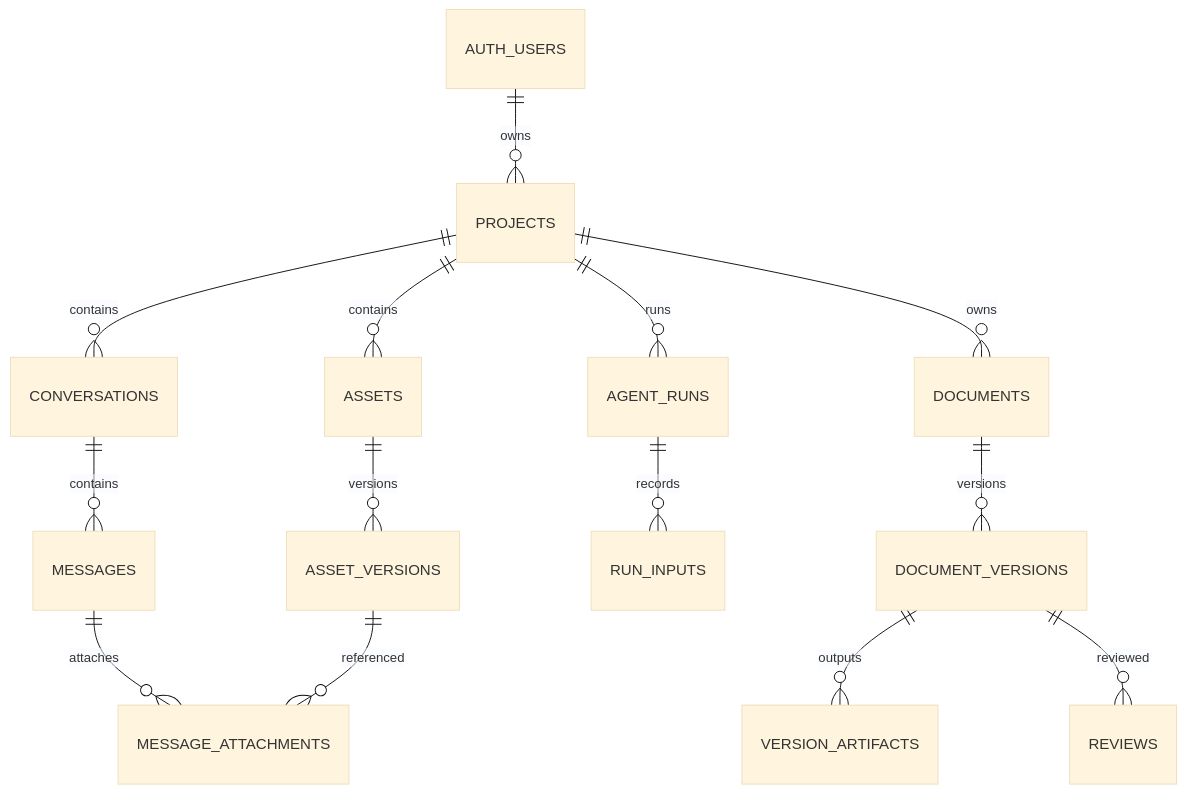
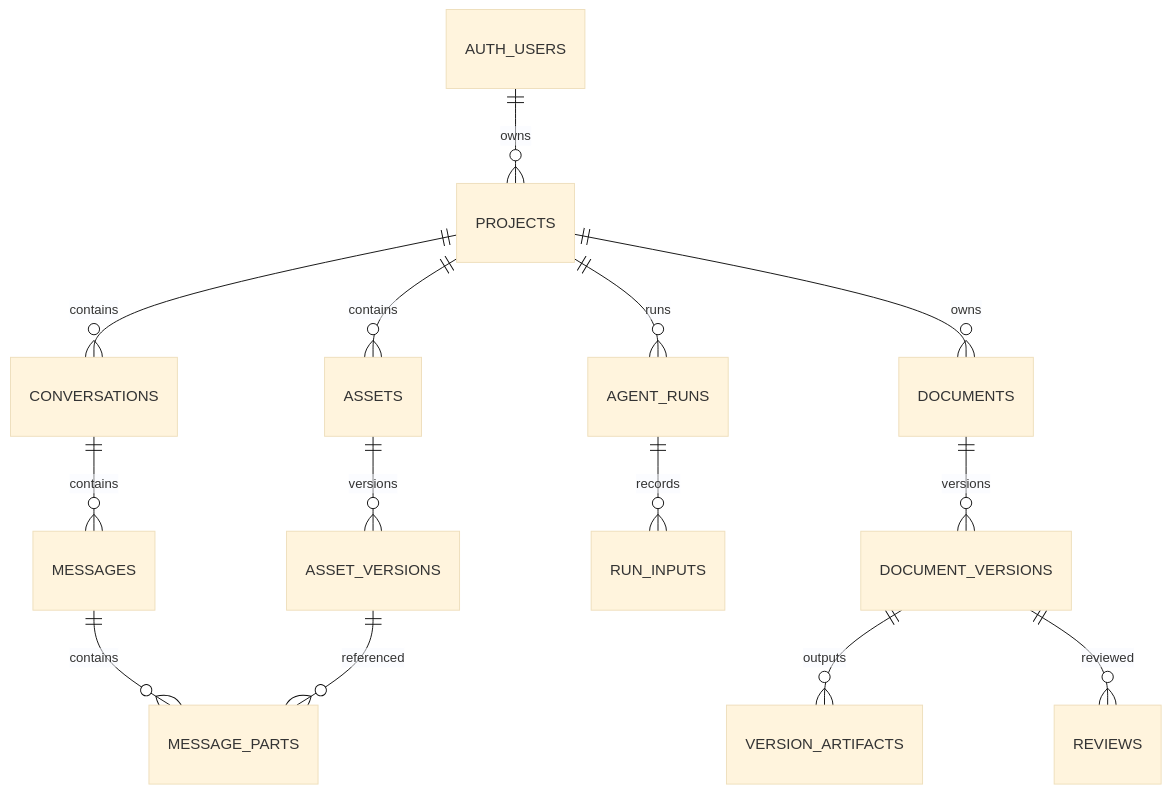
Before and after one commit to clickaround/portfolio-agent: the diagram in project/architecture/database/README.md, drawn with Mermaid (base theme). The commit also changed other lines of this file and 2 other files, not shown here.

````diff
--- a/project/architecture/database/README.md
+++ b/project/architecture/database/README.md
@@ -13,16 +15,16 @@
 ```mermaid
 erDiagram
   AUTH_USERS ||--o{ PROJECTS : owns
   PROJECTS ||--o{ CONVERSATIONS : contains
   CONVERSATIONS ||--o{ MESSAGES : contains
   PROJECTS ||--o{ ASSETS : contains
   ASSETS ||--o{ ASSET_VERSIONS : versions
-  MESSAGES ||--o{ MESSAGE_ATTACHMENTS : attaches
-  ASSET_VERSIONS ||--o{ MESSAGE_ATTACHMENTS : referenced
+  MESSAGES ||--o{ MESSAGE_PARTS : contains
+  ASSET_VERSIONS ||--o{ MESSAGE_PARTS : referenced
   PROJECTS ||--o{ AGENT_RUNS : runs
   AGENT_RUNS ||--o{ RUN_INPUTS : records
   PROJECTS ||--o{ DOCUMENTS : owns
   DOCUMENTS ||--o{ DOCUMENT_VERSIONS : versions
   DOCUMENT_VERSIONS ||--o{ VERSION_ARTIFACTS : outputs
   DOCUMENT_VERSIONS ||--o{ REVIEWS : reviewed
 ```
````
